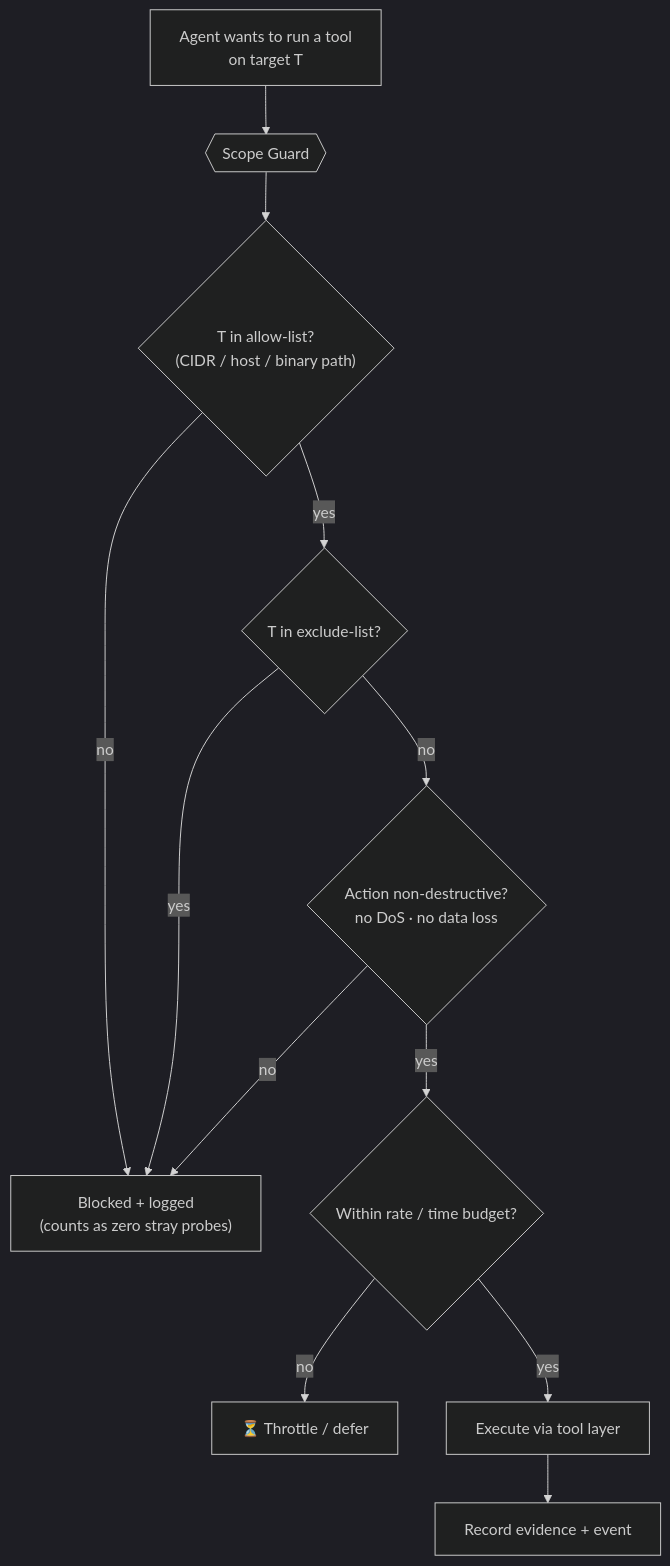
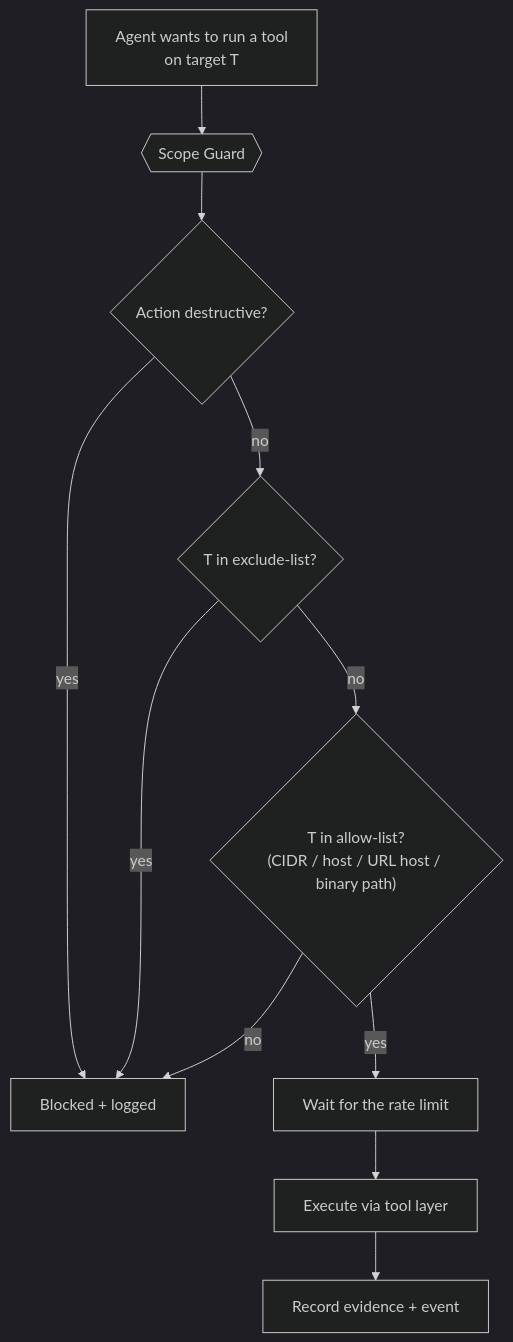
The fifth of 10 diagrams in README.md (hrdk6/Mitigata-Hackathon), drawn with Mermaid (dark theme) before and after one commit. The commit also changed other lines of this file and 1 other file, not shown here.

````diff
--- a/README.md
+++ b/README.md
@@ -361,14 +355,13 @@
 ```mermaid
 flowchart TB
     A["Agent wants to run a tool<br/>on target T"] --> G{{"Scope Guard"}}
-    G --> C1{"T in allow-list?<br/>(CIDR / host / binary path)"}
-    C1 -->|no| BLOCK["Blocked + logged<br/>(counts as zero stray probes)"]
-    C1 -->|yes| C2{"T in exclude-list?"}
+    G --> C1{"Action destructive?"}
+    C1 -->|yes| BLOCK["Blocked + logged"]
+    C1 -->|no| C2{"T in exclude-list?"}
     C2 -->|yes| BLOCK
-    C2 -->|no| C3{"Action non-destructive?<br/>no DoS · no data loss"}
+    C2 -->|no| C3{"T in allow-list?<br/>(CIDR / host / URL host / binary path)"}
     C3 -->|no| BLOCK
-    C3 -->|yes| C4{"Within rate / time budget?"}
-    C4 -->|no| QUEUE["⏳ Throttle / defer"]
-    C4 -->|yes| ALLOW["Execute via tool layer"]
+    C3 -->|yes| C4["Wait for the rate limit"]
+    C4 --> ALLOW["Execute via tool layer"]
     ALLOW --> EV["Record evidence + event"]
 ```
````
